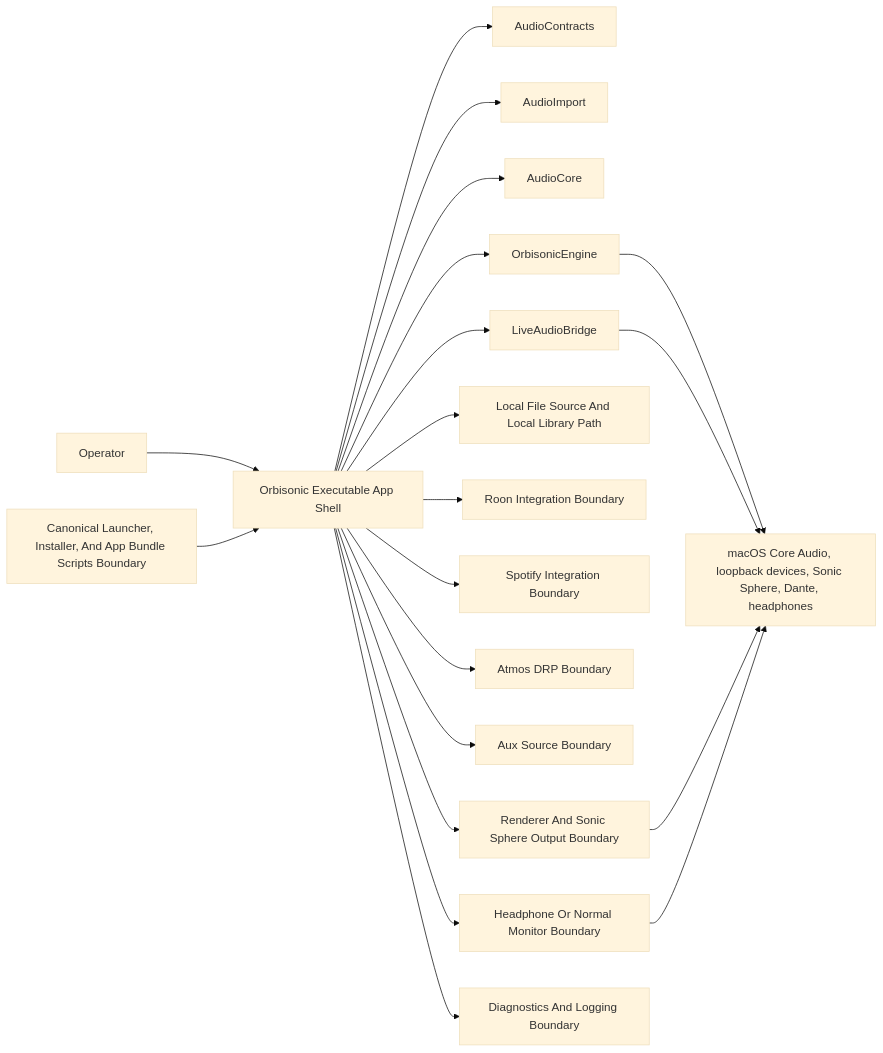
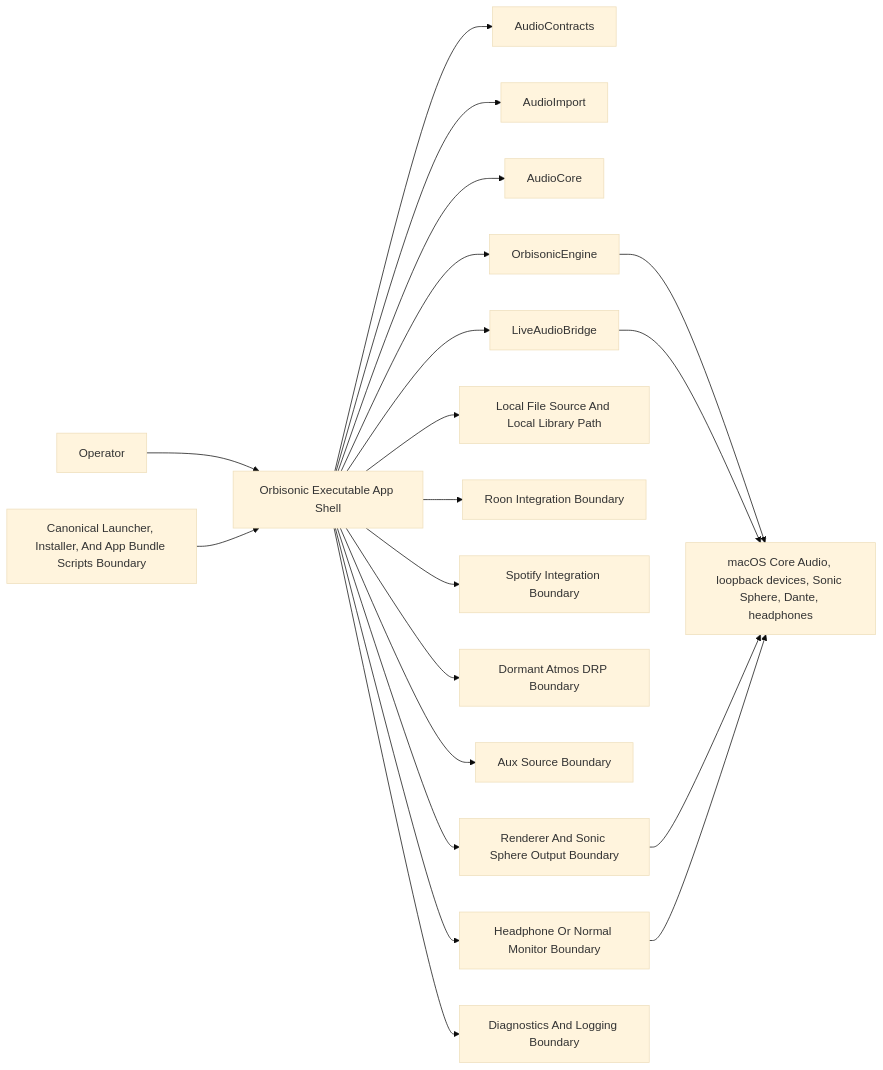
Before and after one commit to jebagu/Orbisonic: the first of 14 diagrams in docs/system-flows.md, drawn with Mermaid (base theme). The commit also changed other lines of this file and 44 other files, not shown here.

````diff
--- a/docs/system-flows.md
+++ b/docs/system-flows.md
@@ -22,40 +22,40 @@
 ```mermaid
 flowchart LR
     Operator["Operator"]
     App["Orbisonic Executable App Shell"]
     Contracts["AudioContracts"]
     Import["AudioImport"]
     Core["AudioCore"]
     Engine["OrbisonicEngine"]
     LiveBridge["LiveAudioBridge"]
     LocalFiles["Local File Source And Local Library Path"]
     Roon["Roon Integration Boundary"]
     Spotify["Spotify Integration Boundary"]
-    Atmos["Atmos DRP Boundary"]
+    Atmos["Dormant Atmos DRP Boundary"]
     Aux["Aux Source Boundary"]
     Renderer["Renderer And Sonic Sphere Output Boundary"]
     Monitor["Headphone Or Normal Monitor Boundary"]
     Diagnostics["Diagnostics And Logging Boundary"]
     Hardware["macOS Core Audio, loopback devices, Sonic Sphere, Dante, headphones"]
     BundleScripts["Canonical Launcher, Installer, And App Bundle Scripts Boundary"]
 
     Operator --> App
     App --> Contracts
     App --> Import
     App --> Core
     App --> Engine
     App --> LiveBridge
     App --> LocalFiles
     App --> Roon
     App --> Spotify
     App --> Atmos
     App --> Aux
     App --> Renderer
     App --> Monitor
     App --> Diagnostics
     Engine --> Hardware
     LiveBridge --> Hardware
     Renderer --> Hardware
     Monitor --> Hardware
     BundleScripts --> App
 ```
````
